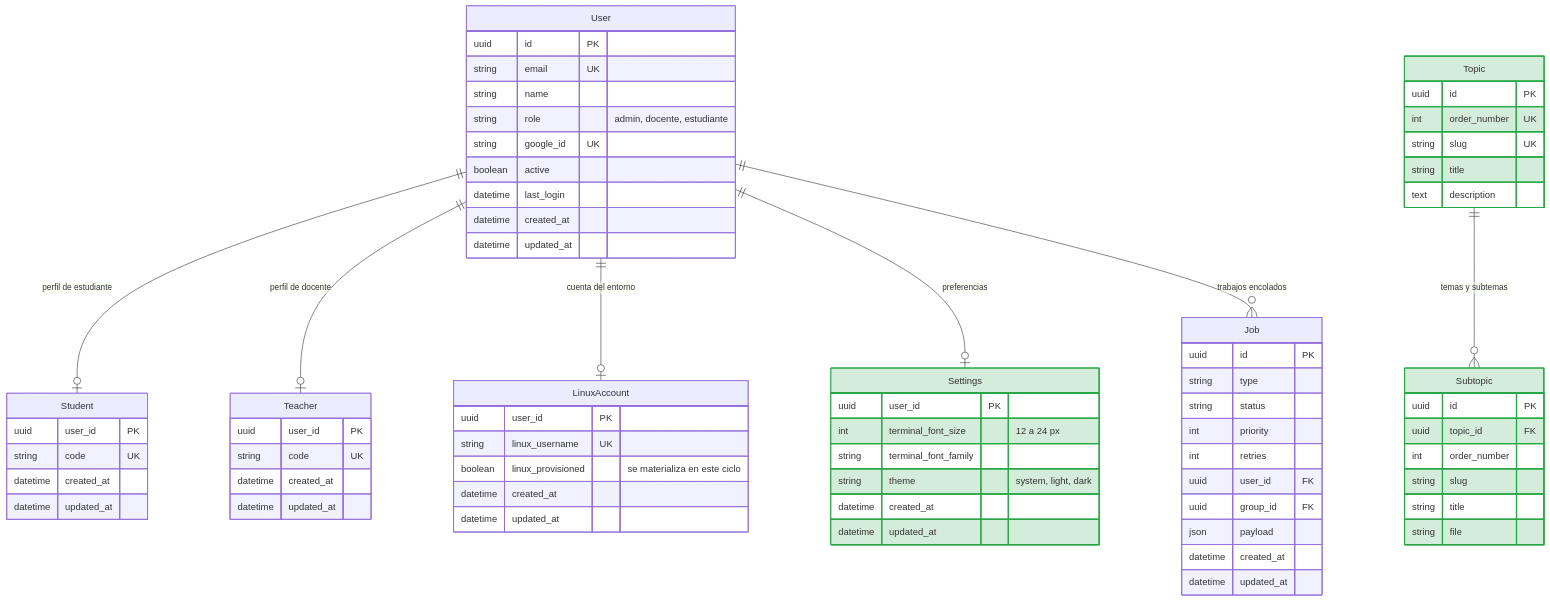
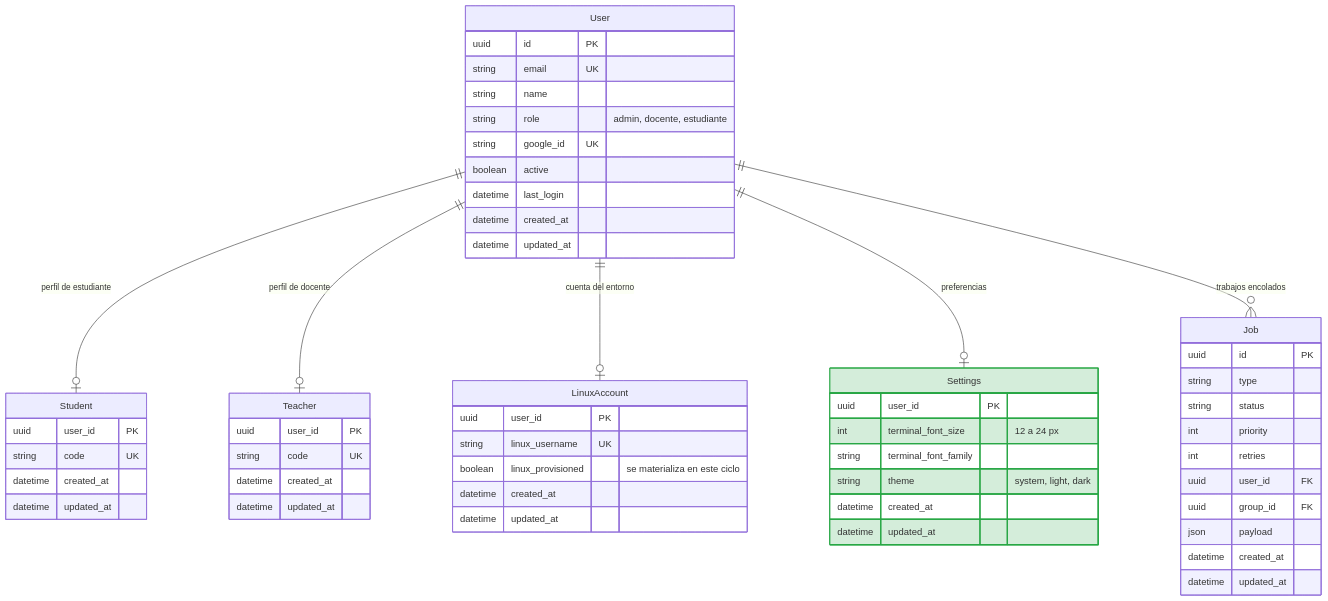
One commit to LinuxLab-UFPS/LinuxLab changed the diagram in docs/SRS-iteracion-2.md. Above: the diagram before and after it, drawn with Mermaid. The commit also changed other lines of this file and 2 other files, not shown here.

Commit message:
feat(docs): update SRS and iteration plan for iteration 3, refine entity descriptions and access control

````diff
--- a/docs/SRS-iteracion-2.md
+++ b/docs/SRS-iteracion-2.md
@@ -38,78 +38,62 @@
 ```mermaid
 erDiagram
     User ||--o| Student : "perfil de estudiante"
     User ||--o| Teacher : "perfil de docente"
     User ||--o| LinuxAccount : "cuenta del entorno"
     User ||--o| Settings : "preferencias"
     User ||--o{ Job : "trabajos encolados"
-    Topic ||--o{ Subtopic : "temas y subtemas"
 
     User {
         uuid id PK
         string email UK
         string name
         string role "admin, docente, estudiante"
         string google_id UK
         boolean active
         datetime last_login
         datetime created_at
         datetime updated_at
     }
     Student {
         uuid user_id PK
         string code UK
         datetime created_at
         datetime updated_at
     }
     Teacher {
         uuid user_id PK
         string code UK
         datetime created_at
         datetime updated_at
     }
     LinuxAccount {
         uuid user_id PK
         string linux_username UK
         boolean linux_provisioned "se materializa en este ciclo"
         datetime created_at
         datetime updated_at
     }
     Settings {
         uuid user_id PK
         int terminal_font_size "12 a 24 px"
         string terminal_font_family
         string theme "system, light, dark"
         datetime created_at
         datetime updated_at
     }
-    Topic {
-        uuid id PK
-        int order_number UK
-        string slug UK
-        string title
-        text description
-    }
-    Subtopic {
-        uuid id PK
-        uuid topic_id FK
-        int order_number
-        string slug
-        string title
-        string file
-    }
     Job {
         uuid id PK
         string type
         string status
         int priority
         int retries
         uuid user_id FK
         uuid group_id FK
         json payload
         datetime created_at
         datetime updated_at
     }
 
     classDef nueva fill:#d4edda,stroke:#28a745,stroke-width:2px
-    class Settings,Topic,Subtopic nueva
+    class Settings nueva
 ```
````
